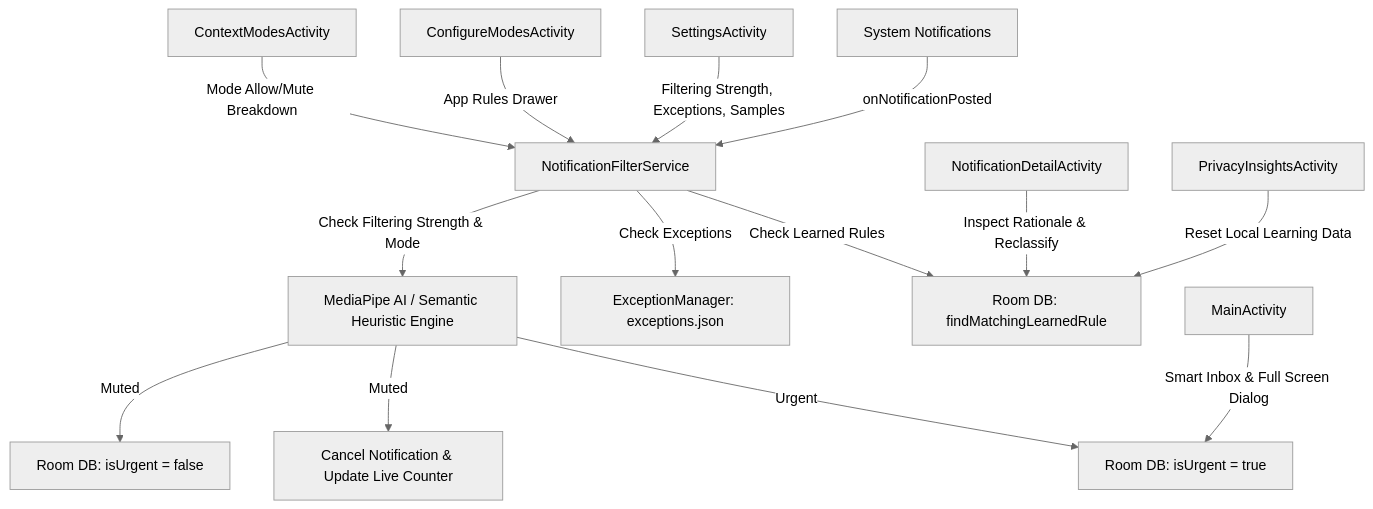
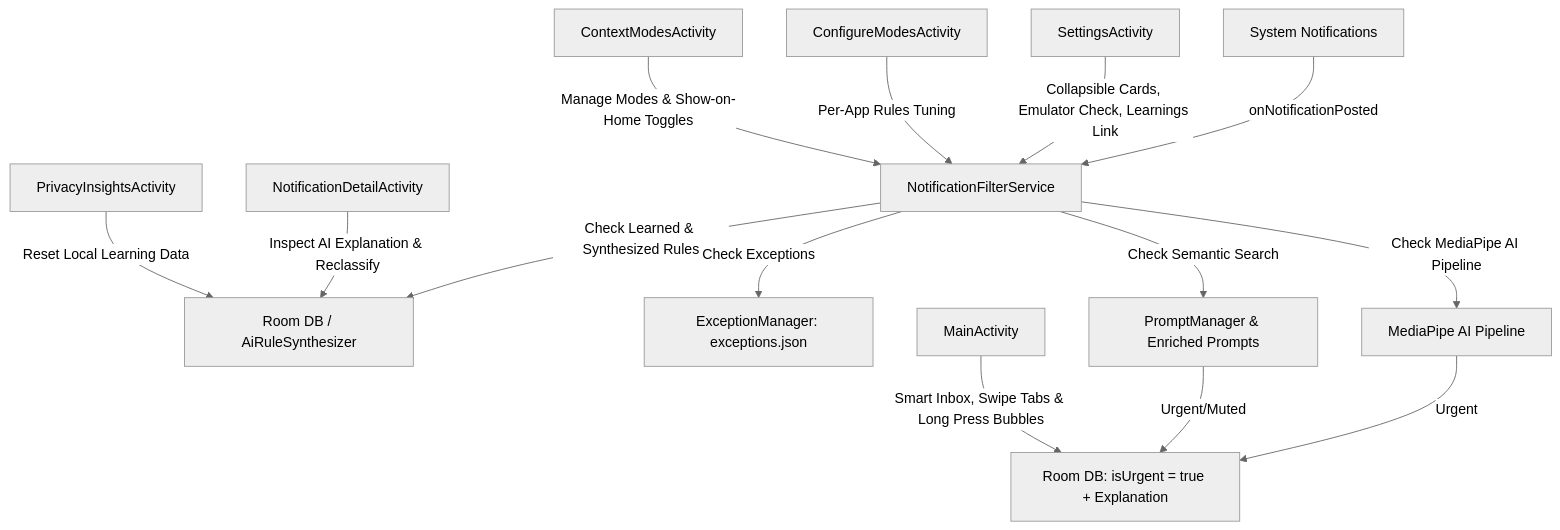
The diagram in docs/internals.md (gnanaswaroop/FocusRefine), drawn with Mermaid (neutral theme) before and after one commit. The commit also changed other lines of this file and 19 other files, not shown here.

Commit message:
feat: AI prompt synthesis, dynamic learning rules, E2E test suite, and studio UI updates

````diff
--- a/docs/internals.md
+++ b/docs/internals.md
@@ -9,16 +9,16 @@
 ```mermaid
 graph TD
     A[System Notifications] -->|onNotificationPosted| B[NotificationFilterService]
-    B -->|Check Learned Rules| C[Room DB: findMatchingLearnedRule]
+    B -->|Check Learned & Synthesized Rules| C[Room DB / AiRuleSynthesizer]
     B -->|Check Exceptions| D[ExceptionManager: exceptions.json]
-    B -->|Check Filtering Strength & Mode| E[MediaPipe AI / Semantic Heuristic Engine]
-    E -->|Urgent| F[Room DB: isUrgent = true]
-    E -->|Muted| G[Cancel Notification & Update Live Counter]
-    E -->|Muted| H[Room DB: isUrgent = false]
-    I[MainActivity] -->|Smart Inbox & Full Screen Dialog| F
-    J[SettingsActivity] -->|Filtering Strength, Exceptions, Samples| B
-    K[NotificationDetailActivity] -->|Inspect Rationale & Reclassify| C
-    L[ConfigureModesActivity] -->|App Rules Drawer| B
-    M[ContextModesActivity] -->|Mode Allow/Mute Breakdown| B
+    B -->|Check MediaPipe AI Pipeline| E[MediaPipe AI Pipeline]
+    B -->|Check Semantic Search| F[PromptManager & Enriched Prompts]
+    E -->|Urgent| G[Room DB: isUrgent = true + Explanation]
+    F -->|Urgent/Muted| G
+    I[MainActivity] -->|Smart Inbox, Swipe Tabs & Long Press Bubbles| G
+    J[SettingsActivity] -->|Collapsible Cards, Emulator Check, Learnings Link| B
+    K[NotificationDetailActivity] -->|Inspect AI Explanation & Reclassify| C
+    L[ConfigureModesActivity] -->|Per-App Rules Tuning| B
+    M[ContextModesActivity] -->|Manage Modes & Show-on-Home Toggles| B
     N[PrivacyInsightsActivity] -->|Reset Local Learning Data| C
 ```
````
